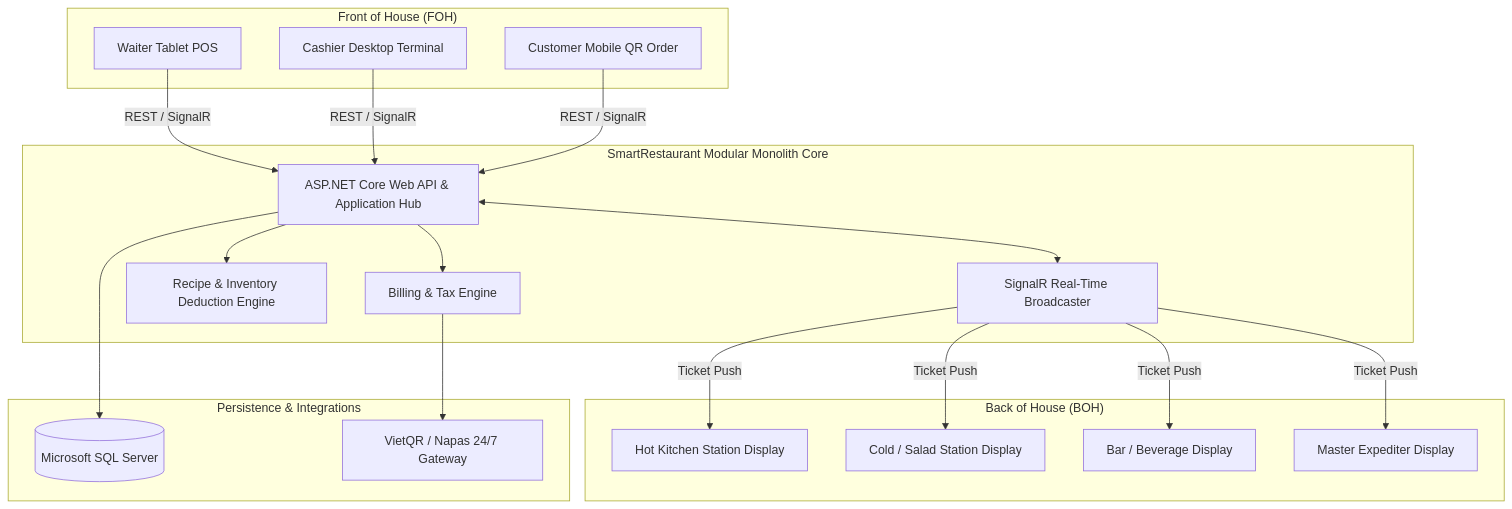
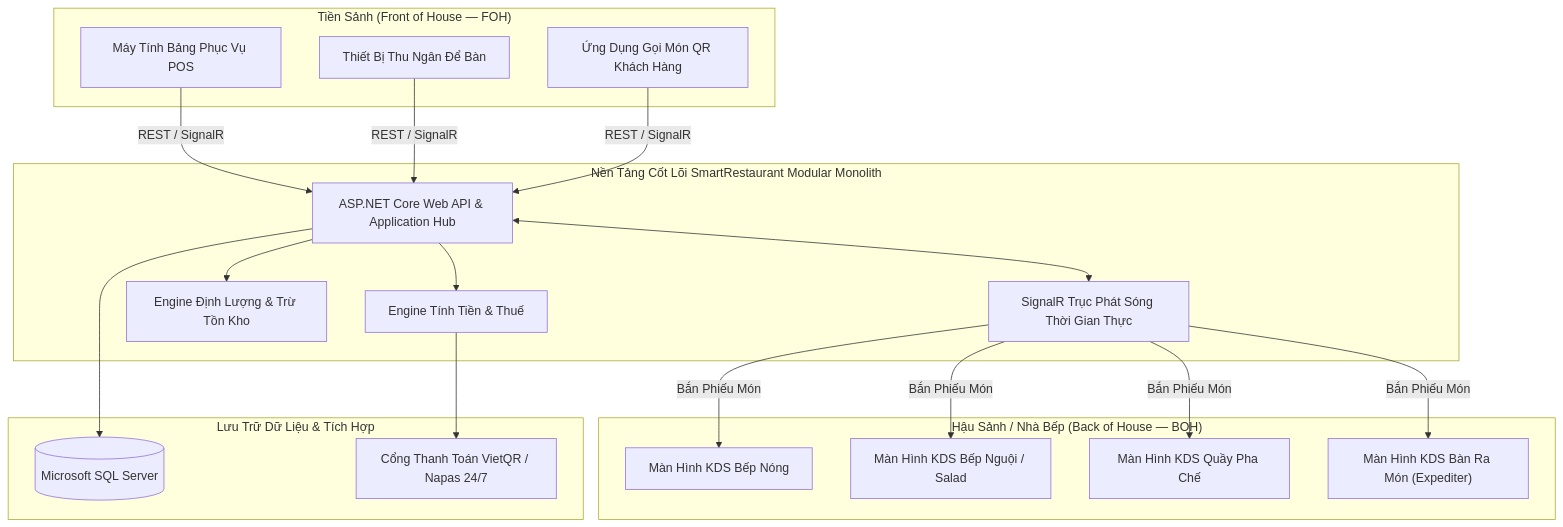
Before and after one commit to dieudoanhut2002/SmartRestaurant: the diagram in docs/01-requirements/product-requirements-document.md, drawn with Mermaid. The commit also changed other lines of this file and 40 other files, not shown here.

````diff
--- a/docs/01-requirements/product-requirements-document.md
+++ b/docs/01-requirements/product-requirements-document.md
@@ -43,43 +44,43 @@
 ```mermaid
 flowchart TD
-    subgraph FOH["Front of House (FOH)"]
-        W[Waiter Tablet POS]
-        C[Cashier Desktop Terminal]
-        QR[Customer Mobile QR Order]
+    subgraph FOH["Tiền Sảnh (Front of House — FOH)"]
+        W["Máy Tính Bảng Phục Vụ POS"]
+        C["Thiết Bị Thu Ngân Để Bàn"]
+        QR["Ứng Dụng Gọi Món QR Khách Hàng"]
     end
 
-    subgraph CorePlatform["SmartRestaurant Modular Monolith Core"]
-        API[ASP.NET Core Web API & Application Hub]
-        SignalR[SignalR Real-Time Broadcaster]
-        BOM[Recipe & Inventory Deduction Engine]
-        Billing[Billing & Tax Engine]
+    subgraph CorePlatform["Nền Tảng Cốt Lõi SmartRestaurant Modular Monolith"]
+        API["ASP.NET Core Web API & Application Hub"]
+        SignalR["SignalR Trục Phát Sóng Thời Gian Thực"]
+        BOM["Engine Định Lượng & Trừ Tồn Kho"]
+        Billing["Engine Tính Tiền & Thuế"]
     end
 
-    subgraph BOH["Back of House (BOH)"]
-        KDS_Hot[Hot Kitchen Station Display]
-        KDS_Cold[Cold / Salad Station Display]
-        KDS_Bar[Bar / Beverage Display]
-        KDS_Exp[Master Expediter Display]
+    subgraph BOH["Hậu Sảnh / Nhà Bếp (Back of House — BOH)"]
+        KDS_Hot["Màn Hình KDS Bếp Nóng"]
+        KDS_Cold["Màn Hình KDS Bếp Nguội / Salad"]
+        KDS_Bar["Màn Hình KDS Quầy Pha Chế"]
+        KDS_Exp["Màn Hình KDS Bàn Ra Món (Expediter)"]
     end
 
-    subgraph Persistence["Persistence & Integrations"]
-        DB[(Microsoft SQL Server)]
-        VietQR[VietQR / Napas 24/7 Gateway]
+    subgraph Persistence["Lưu Trữ Dữ Liệu & Tích Hợp"]
+        DB[("Microsoft SQL Server")]
+        VietQR["Cổng Thanh Toán VietQR / Napas 24/7"]
     end
 
     W -->|REST / SignalR| API
     C -->|REST / SignalR| API
     QR -->|REST / SignalR| API
 
     API <--> SignalR
     API --> BOM
     API --> Billing
     API --> DB
 
-    SignalR -->|Ticket Push| KDS_Hot
-    SignalR -->|Ticket Push| KDS_Cold
-    SignalR -->|Ticket Push| KDS_Bar
-    SignalR -->|Ticket Push| KDS_Exp
+    SignalR -->|Bắn Phiếu Món| KDS_Hot
+    SignalR -->|Bắn Phiếu Món| KDS_Cold
+    SignalR -->|Bắn Phiếu Món| KDS_Bar
+    SignalR -->|Bắn Phiếu Món| KDS_Exp
 
     Billing --> VietQR
 ```
````
